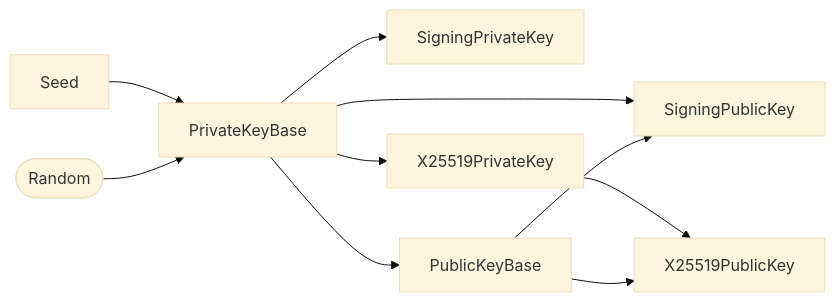
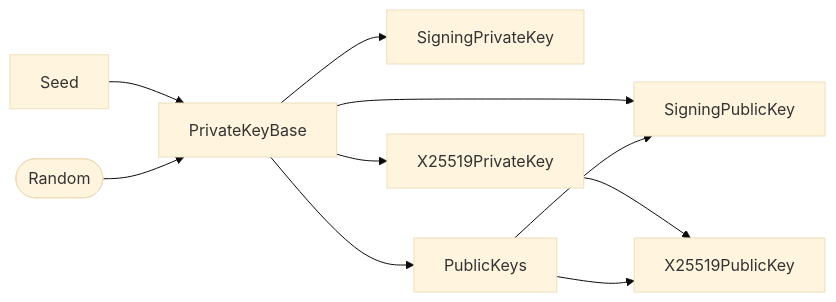
Before and after one commit to BlockchainCommons/bc-envelope-cli-rust: the diagram in docs/Signing.md, drawn with Mermaid (base theme). The commit also changed other lines of this file and 33 other files, not shown here.

Commit message:
Aligned to new key architecture.

````diff
--- a/docs/Signing.md
+++ b/docs/Signing.md
@@ -61,12 +63,12 @@
 ```mermaid
 graph LR
     Seed --> PrivateKeyBase
     random([Random]) --> PrivateKeyBase
     PrivateKeyBase --> SigningPrivateKey
     PrivateKeyBase --> SigningPublicKey
     PrivateKeyBase --> X25519PrivateKey
     X25519PrivateKey --> X25519PublicKey
-    PrivateKeyBase --> PublicKeyBase
-    PublicKeyBase --> SigningPublicKey
-    PublicKeyBase --> X25519PublicKey
+    PrivateKeyBase --> PublicKeys
+    PublicKeys --> SigningPublicKey
+    PublicKeys --> X25519PublicKey
 ```
````
